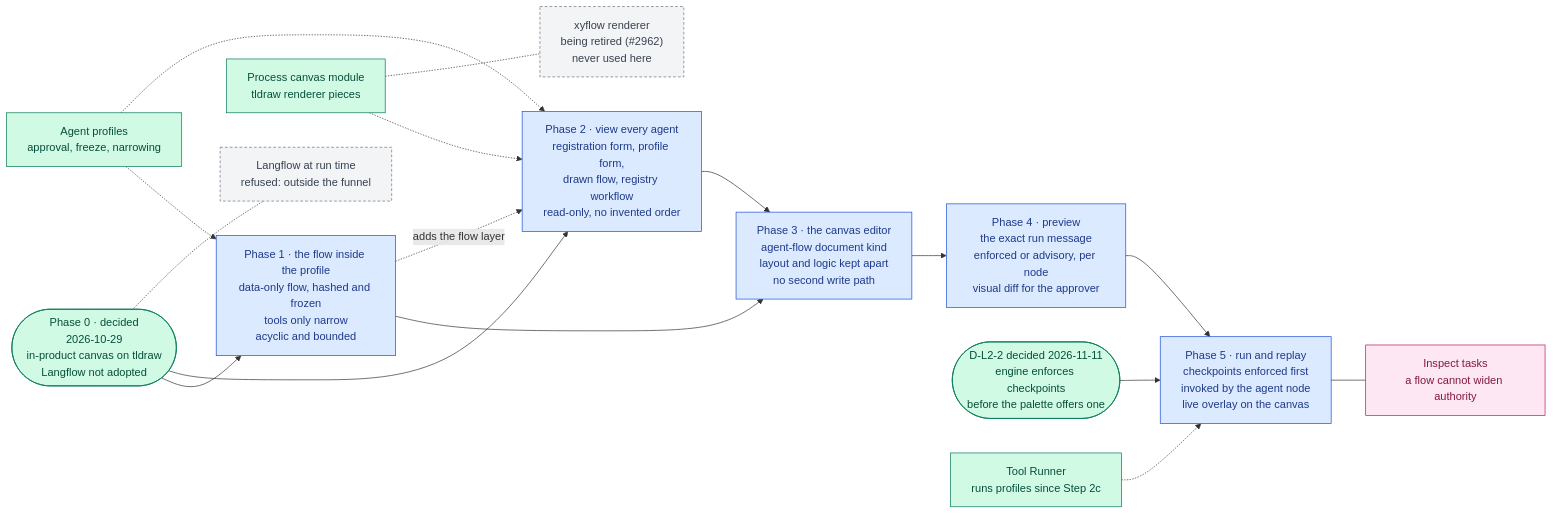
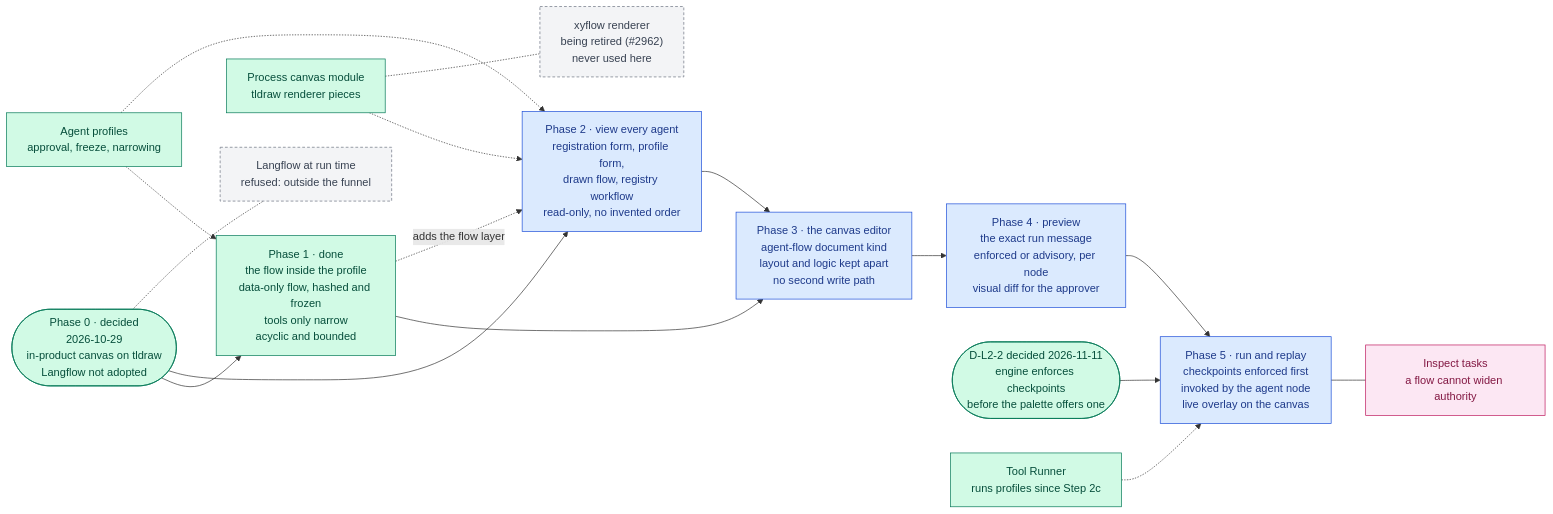
Before and after one commit to RodnaPamet/inflect-compliance: the diagram in docs/ai-architecture/langflow.md, drawn with Mermaid. The commit also changed other lines of this file and 13 other files, not shown here.

````diff
--- a/docs/ai-architecture/langflow.md
+++ b/docs/ai-architecture/langflow.md
@@ -38,35 +38,35 @@
 ```mermaid
 flowchart LR
   P0(["Phase 0 · decided<br/>2026-10-29<br/>in-product canvas on tldraw<br/>Langflow not adopted"]):::done
-  P1["Phase 1 · the flow inside the profile<br/>data-only flow, hashed and frozen<br/>tools only narrow<br/>acyclic and bounded"]:::todo
+  P1["Phase 1 · done<br/>the flow inside the profile<br/>data-only flow, hashed and frozen<br/>tools only narrow<br/>acyclic and bounded"]:::done
   P2["Phase 2 · view every agent<br/>registration form, profile form,<br/>drawn flow, registry workflow<br/>read-only, no invented order"]:::todo
   P3["Phase 3 · the canvas editor<br/>agent-flow document kind<br/>layout and logic kept apart<br/>no second write path"]:::todo
   P4["Phase 4 · preview<br/>the exact run message<br/>enforced or advisory, per node<br/>visual diff for the approver"]:::todo
   P5["Phase 5 · run and replay<br/>checkpoints enforced first<br/>invoked by the agent node<br/>live overlay on the canvas"]:::todo
   G2(["D-L2-2 decided 2026-11-11<br/>engine enforces checkpoints<br/>before the palette offers one"]):::done
   PROF["Agent profiles<br/>approval, freeze, narrowing"]:::done
   CANV["Process canvas module<br/>tldraw renderer pieces"]:::done
   XY["xyflow renderer<br/>being retired (#2962)<br/>never used here"]:::declined
   ENG["Tool Runner<br/>runs profiles since Step 2c"]:::done
   INS["Inspect tasks<br/>a flow cannot widen authority"]:::eval
   LF["Langflow at run time<br/>refused: outside the funnel"]:::declined
 
   P0 --> P1 --> P3 --> P4 --> P5
   P0 --> P2 --> P3
   P1 -.->|adds the flow layer| P2
   PROF -.-> P1
   PROF -.-> P2
   CANV -.-> P2
   G2 --> P5
   ENG -.-> P5
   P5 --- INS
   P0 -.- LF
   CANV -.- XY
 
   classDef done fill:#d1fae5,stroke:#047857,color:#064e3b
   classDef todo fill:#dbeafe,stroke:#1d4ed8,color:#1e3a8a
   classDef gate fill:#ede9fe,stroke:#6d28d9,color:#3b0764
   classDef ext fill:#ffffff,stroke:#64748b,color:#334155,stroke-dasharray:3 3
   classDef eval fill:#fce7f3,stroke:#be185d,color:#831843
   classDef declined fill:#f3f4f6,stroke:#6b7280,color:#374151,stroke-dasharray:4 3
 ```
````
